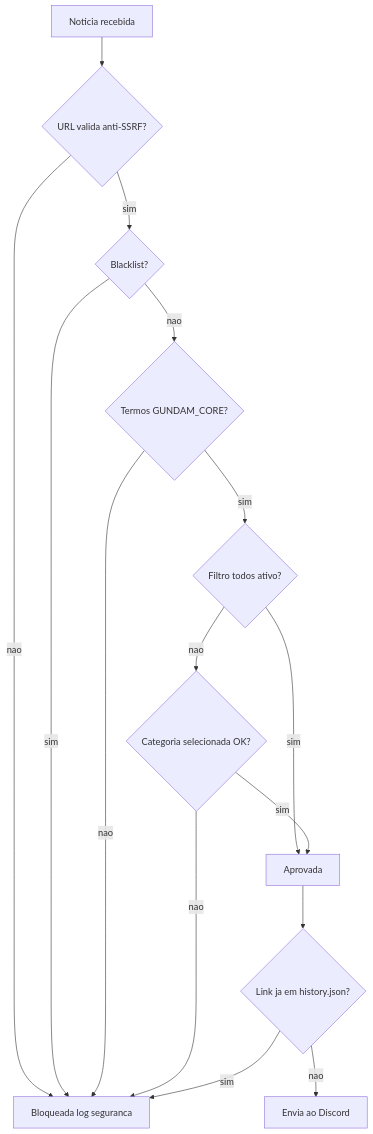
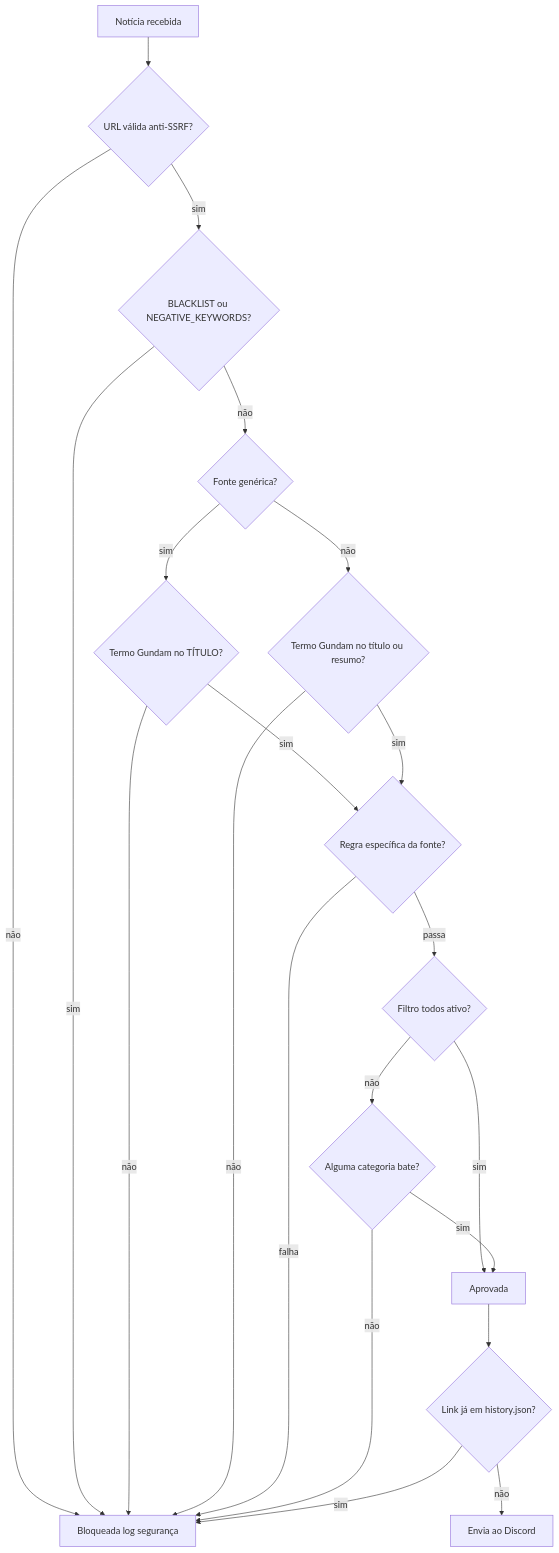
The diagram in docs/DASHBOARD_AND_FILTERS.md (carmipa/gundam-news-discord), drawn with Mermaid before and after one commit. The commit also changed other lines of this file and 25 other files, not shown here.

````diff
--- a/docs/DASHBOARD_AND_FILTERS.md
+++ b/docs/DASHBOARD_AND_FILTERS.md
@@ -37,17 +66,23 @@
 ```mermaid
 flowchart TD
-    A["Noticia recebida"] --> B{"URL valida anti-SSRF?"}
-    B -->|nao| C["Bloqueada log seguranca"]
-    B -->|sim| D{"Blacklist?"}
+    A["Notícia recebida"] --> B{"URL válida anti-SSRF?"}
+    B -->|não| C["Bloqueada log segurança"]
+    B -->|sim| D{"BLACKLIST ou NEGATIVE_KEYWORDS?"}
     D -->|sim| C
-    D -->|nao| E{"Termos GUNDAM_CORE?"}
-    E -->|nao| C
-    E -->|sim| F{"Filtro todos ativo?"}
-    F -->|sim| G["Aprovada"]
-    F -->|nao| H{"Categoria selecionada OK?"}
-    H -->|sim| G
-    H -->|nao| C
-    G --> I{"Link ja em history.json?"}
-    I -->|sim| C
-    I -->|nao| J["Envia ao Discord"]
+    D -->|não| E{"Fonte genérica?"}
+    E -->|sim| F{"Termo Gundam no TÍTULO?"}
+    E -->|não| G{"Termo Gundam no título ou resumo?"}
+    F -->|não| C
+    G -->|não| C
+    F -->|sim| H{"Regra específica da fonte?"}
+    G -->|sim| H
+    H -->|falha| C
+    H -->|passa| I{"Filtro todos ativo?"}
+    I -->|sim| J["Aprovada"]
+    I -->|não| K{"Alguma categoria bate?"}
+    K -->|sim| J
+    K -->|não| C
+    J --> L{"Link já em history.json?"}
+    L -->|sim| C
+    L -->|não| M["Envia ao Discord"]
 ```
````
